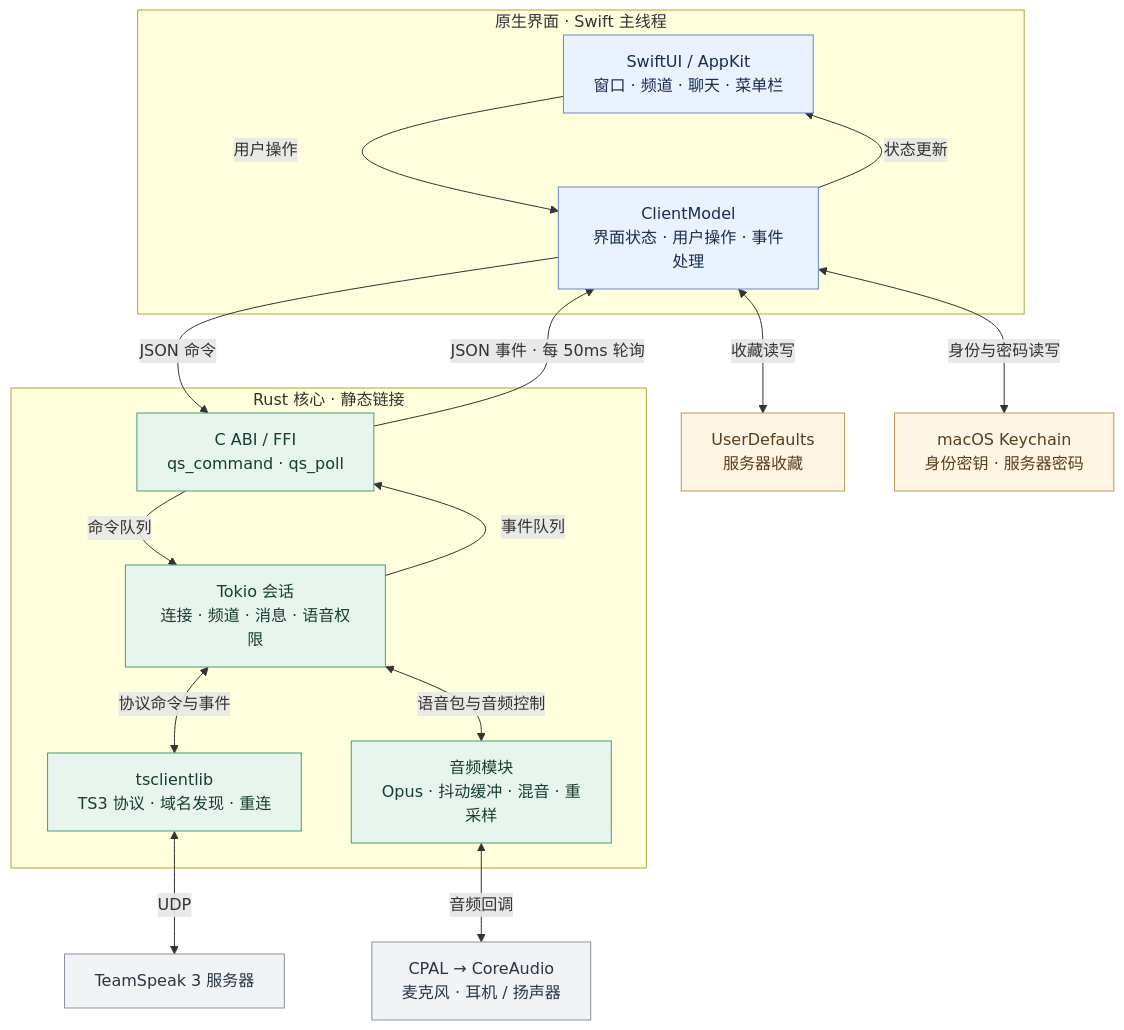
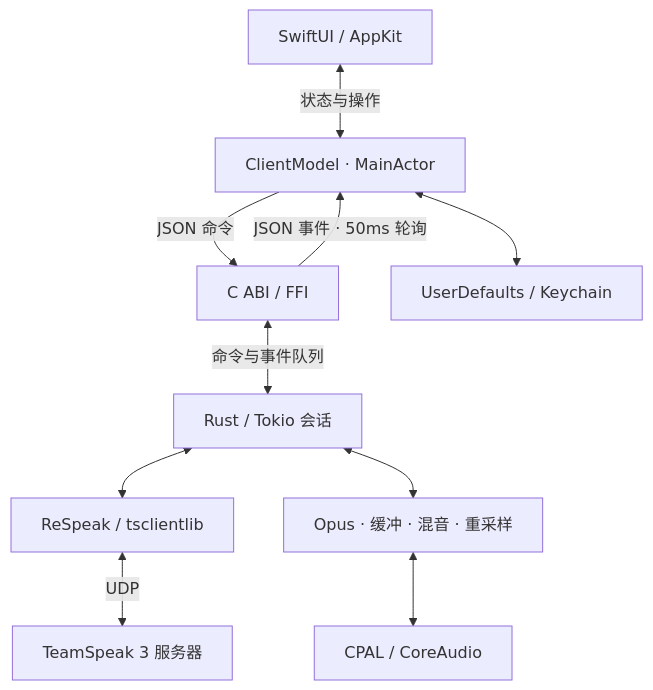
The first of 2 diagrams in Docs/ARCHITECTURE.md (Green-hats/QuietSpeak), drawn with Mermaid before and after one commit. The commit also changed other lines of this file and 10 other files, not shown here.

````diff
--- a/Docs/ARCHITECTURE.md
+++ b/Docs/ARCHITECTURE.md
@@ -8,36 +9,12 @@
 ```mermaid
 flowchart TB
-    subgraph SWIFT["原生界面 · Swift 主线程"]
-        UI["SwiftUI / AppKit<br/>窗口 · 频道 · 聊天 · 菜单栏"]
-        MODEL["ClientModel<br/>界面状态 · 用户操作 · 事件处理"]
-        UI -->|用户操作| MODEL
-        MODEL -->|状态更新| UI
-    end
-
-    subgraph RUST["Rust 核心 · 静态链接"]
-        FFI["C ABI / FFI<br/>qs_command · qs_poll"]
-        SESSION["Tokio 会话<br/>连接 · 频道 · 消息 · 语音权限"]
-        PROTO["tsclientlib<br/>TS3 协议 · 域名发现 · 重连"]
-        AUDIO["音频模块<br/>Opus · 抖动缓冲 · 混音 · 重采样"]
-        FFI -->|命令队列| SESSION
-        SESSION -->|事件队列| FFI
-        SESSION <-->|协议命令与事件| PROTO
-        SESSION <-->|语音包与音频控制| AUDIO
-    end
-
-    MODEL -->|JSON 命令| FFI
-    FFI -->|JSON 事件 · 每 50ms 轮询| MODEL
-    MODEL <-->|收藏读写| PREFS["UserDefaults<br/>服务器收藏"]
-    MODEL <-->|身份与密码读写| KEYS["macOS Keychain<br/>身份密钥 · 服务器密码"]
+    UI["SwiftUI / AppKit"] <-->|状态与操作| MODEL["ClientModel · MainActor"]
+    MODEL -->|JSON 命令| FFI["C ABI / FFI"]
+    FFI -->|JSON 事件 · 50ms 轮询| MODEL
+    FFI <-->|命令与事件队列| SESSION["Rust / Tokio 会话"]
+    SESSION <--> PROTO["ReSpeak / tsclientlib"]
     PROTO <-->|UDP| SERVER["TeamSpeak 3 服务器"]
-    AUDIO <-->|音频回调| DEVICE["CPAL → CoreAudio<br/>麦克风 · 耳机 / 扬声器"]
-
-    classDef swift fill:#eaf1ff,stroke:#6689c7,color:#182e50;
-    classDef rust fill:#e8f5ef,stroke:#4c9977,color:#183e2d;
-    classDef storage fill:#fff5e4,stroke:#be9756,color:#593e1b;
-    classDef external fill:#f1f3f5,stroke:#87939e,color:#273746;
-    class UI,MODEL swift;
-    class FFI,SESSION,PROTO,AUDIO rust;
-    class PREFS,KEYS storage;
-    class SERVER,DEVICE external;
+    SESSION <--> AUDIO["Opus · 缓冲 · 混音 · 重采样"]
+    AUDIO <--> DEVICE["CPAL / CoreAudio"]
+    MODEL <--> STORAGE["UserDefaults / Keychain"]
 ```
````
